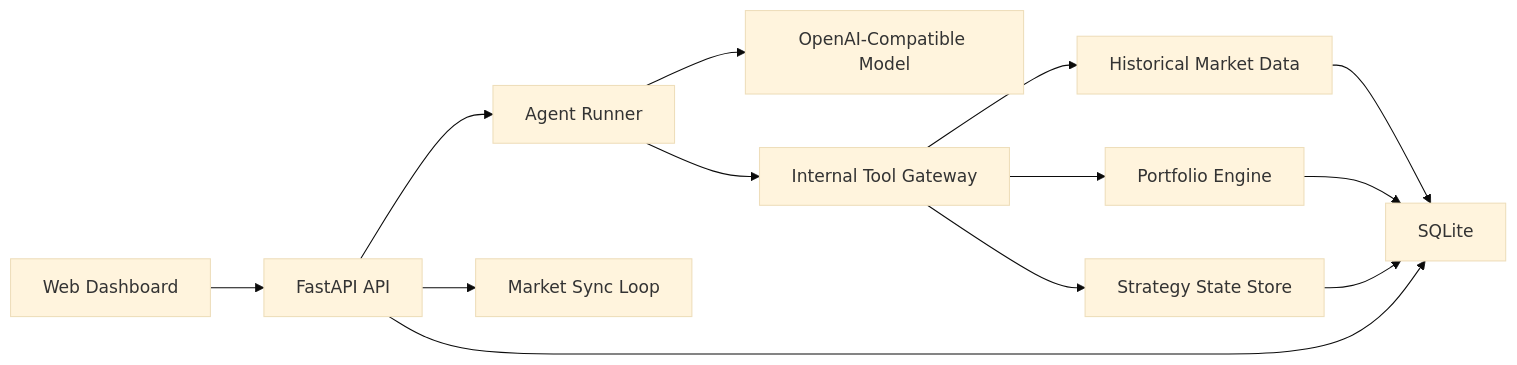
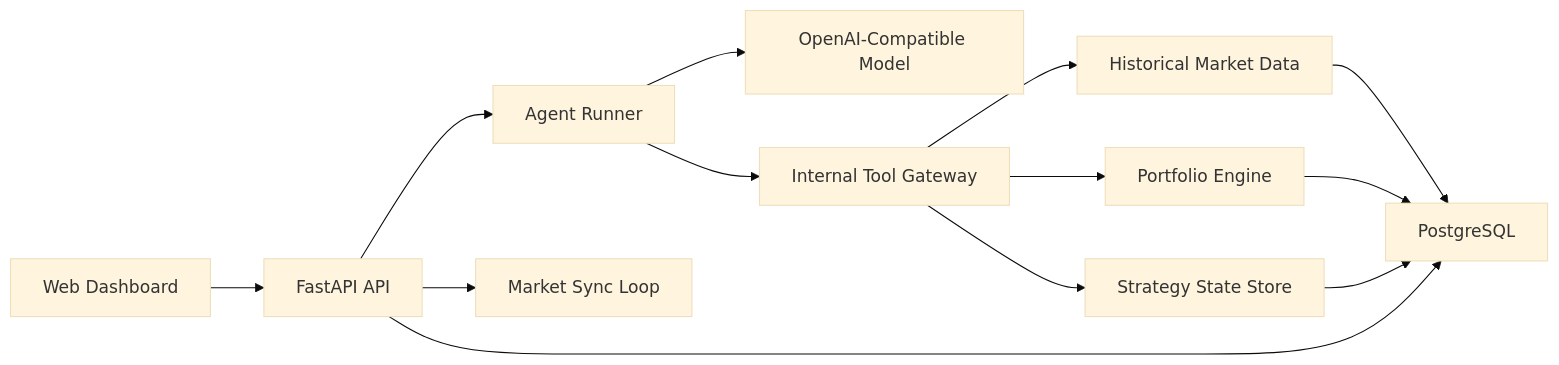
The first of 2 diagrams in docs/tradeskills-architecture-tech.zh-CN.md (tangfuhao/tradeSkillsPlatform), drawn with Mermaid (base theme) before and after one commit. The commit also changed other lines of this file and 54 other files, not shown here.

Commit message:
feat: migrate runtime storage to PostgreSQL

````diff
--- a/docs/tradeskills-architecture-tech.zh-CN.md
+++ b/docs/tradeskills-architecture-tech.zh-CN.md
@@ -27,15 +27,15 @@
 ```mermaid
 flowchart LR
     WEB["Web Dashboard"] --> API["FastAPI API"]
     API --> RUNNER["Agent Runner"]
     RUNNER --> MODEL["OpenAI-Compatible Model"]
     RUNNER --> GATEWAY["Internal Tool Gateway"]
     GATEWAY --> DATA["Historical Market Data"]
     GATEWAY --> PORT["Portfolio Engine"]
     GATEWAY --> STATE["Strategy State Store"]
     API --> SYNC["Market Sync Loop"]
-    API --> DB["SQLite"]
+    API --> DB["PostgreSQL"]
     PORT --> DB
     STATE --> DB
     DATA --> DB
 ```
````
